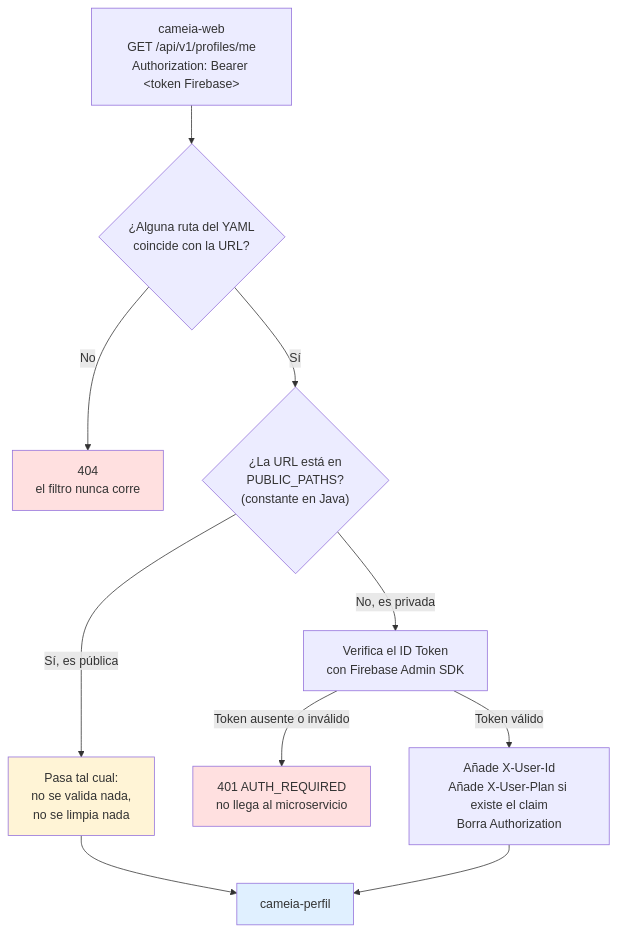
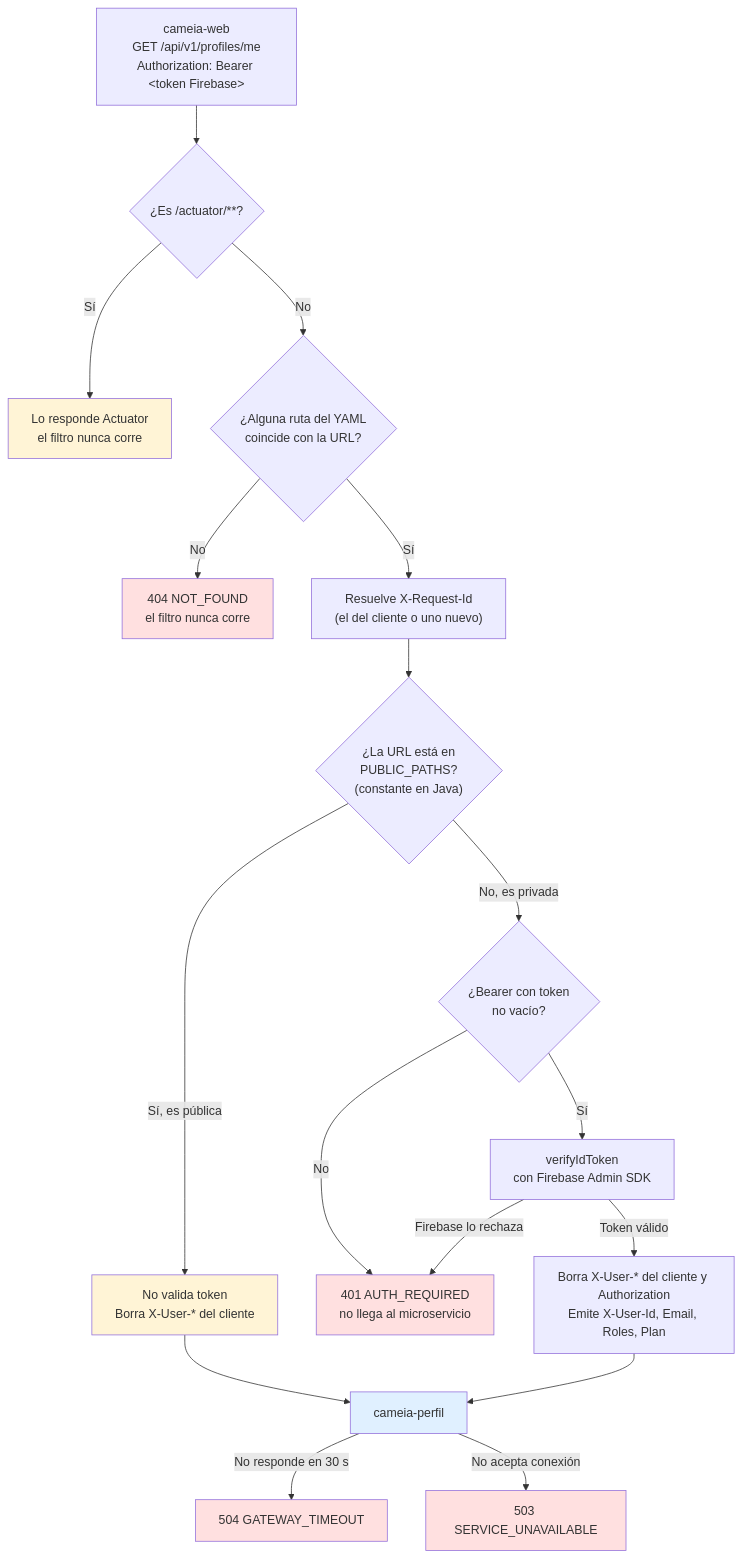
Before and after one commit to Forkthec/cameia-gateway: the first of 5 diagrams in docs/COMO-FUNCIONA.md, drawn with Mermaid. The commit also changed other lines of this file and 17 other files, not shown here.

````diff
--- a/docs/COMO-FUNCIONA.md
+++ b/docs/COMO-FUNCIONA.md
@@ -58,20 +66,30 @@
 ```mermaid
 flowchart TD
-    A["cameia-web<br/>GET /api/v1/profiles/me<br/>Authorization: Bearer &lt;token Firebase&gt;"] --> B{"¿Alguna ruta del YAML<br/>coincide con la URL?"}
-    B -->|No| C["404<br/>el filtro nunca corre"]
-    B -->|Sí| D{"¿La URL está en<br/>PUBLIC_PATHS?<br/>(constante en Java)"}
+    A["cameia-web<br/>GET /api/v1/profiles/me<br/>Authorization: Bearer &lt;token Firebase&gt;"] --> ACT{"¿Es /actuator/**?"}
+    ACT -->|Sí| ACTR["Lo responde Actuator<br/>el filtro nunca corre"]
+    ACT -->|No| B{"¿Alguna ruta del YAML<br/>coincide con la URL?"}
+    B -->|No| C["404 NOT_FOUND<br/>el filtro nunca corre"]
+    B -->|Sí| RID["Resuelve X-Request-Id<br/>(el del cliente o uno nuevo)"]
+    RID --> D{"¿La URL está en<br/>PUBLIC_PATHS?<br/>(constante en Java)"}
 
-    D -->|Sí, es pública| E["Pasa tal cual:<br/>no se valida nada,<br/>no se limpia nada"]
-    D -->|No, es privada| F["Verifica el ID Token<br/>con Firebase Admin SDK"]
+    D -->|Sí, es pública| E["No valida token<br/>Borra X-User-* del cliente"]
+    D -->|No, es privada| F{"¿Bearer con token<br/>no vacío?"}
 
-    F -->|Token ausente o inválido| G["401 AUTH_REQUIRED<br/>no llega al microservicio"]
-    F -->|Token válido| H["Añade X-User-Id<br/>Añade X-User-Plan si existe el claim<br/>Borra Authorization"]
+    F -->|No| G["401 AUTH_REQUIRED<br/>no llega al microservicio"]
+    F -->|Sí| V["verifyIdToken<br/>con Firebase Admin SDK"]
+    V -->|Firebase lo rechaza| G
+    V -->|Token válido| H["Borra X-User-* del cliente y Authorization<br/>Emite X-User-Id, Email, Roles, Plan"]
 
     E --> I["cameia-perfil"]
     H --> I
+    I -->|No responde en 30 s| T["504 GATEWAY_TIMEOUT"]
+    I -->|No acepta conexión| U["503 SERVICE_UNAVAILABLE"]
 
     style C fill:#ffe0e0
     style G fill:#ffe0e0
+    style T fill:#ffe0e0
+    style U fill:#ffe0e0
     style E fill:#fff4d6
+    style ACTR fill:#fff4d6
     style I fill:#e0f0ff
 ```
````
